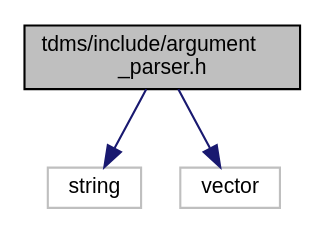
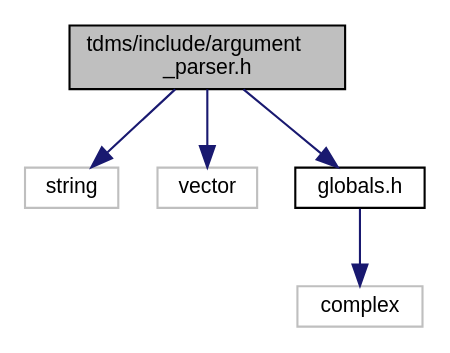
One commit to UCL/TDMS changed the diagram in argument__parser_8h__incl.dot. Above: the diagram before and after it, drawn with Graphviz. The commit also changed 104 other files, not shown here.

```diff
--- a/argument__parser_8h__incl.dot
+++ b/argument__parser_8h__incl.dot
@@ -1,11 +1,15 @@
 digraph "tdms/include/argument_parser.h"
 {
  // LATEX_PDF_SIZE
   edge [fontname="Helvetica",fontsize="10",labelfontname="Helvetica",labelfontsize="10"];
   node [fontname="Helvetica",fontsize="10",shape=record];
   Node1 [label="tdms/include/argument\l_parser.h",height=0.2,width=0.4,color="black", fillcolor="grey75", style="filled", fontcolor="black",tooltip="Parse the command line options."];
   Node1 -> Node2 [color="midnightblue",fontsize="10",style="solid",fontname="Helvetica"];
   Node2 [label="string",height=0.2,width=0.4,color="grey75", fillcolor="white", style="filled",tooltip=" "];
   Node1 -> Node3 [color="midnightblue",fontsize="10",style="solid",fontname="Helvetica"];
   Node3 [label="vector",height=0.2,width=0.4,color="grey75", fillcolor="white", style="filled",tooltip=" "];
+  Node1 -> Node4 [color="midnightblue",fontsize="10",style="solid",fontname="Helvetica"];
+  Node4 [label="globals.h",height=0.2,width=0.4,color="black", fillcolor="white", style="filled",URL="$globals_8h.html",tooltip="Type definitions and global constants."];
+  Node4 -> Node5 [color="midnightblue",fontsize="10",style="solid",fontname="Helvetica"];
+  Node5 [label="complex",height=0.2,width=0.4,color="grey75", fillcolor="white", style="filled",tooltip=" "];
 }
```
